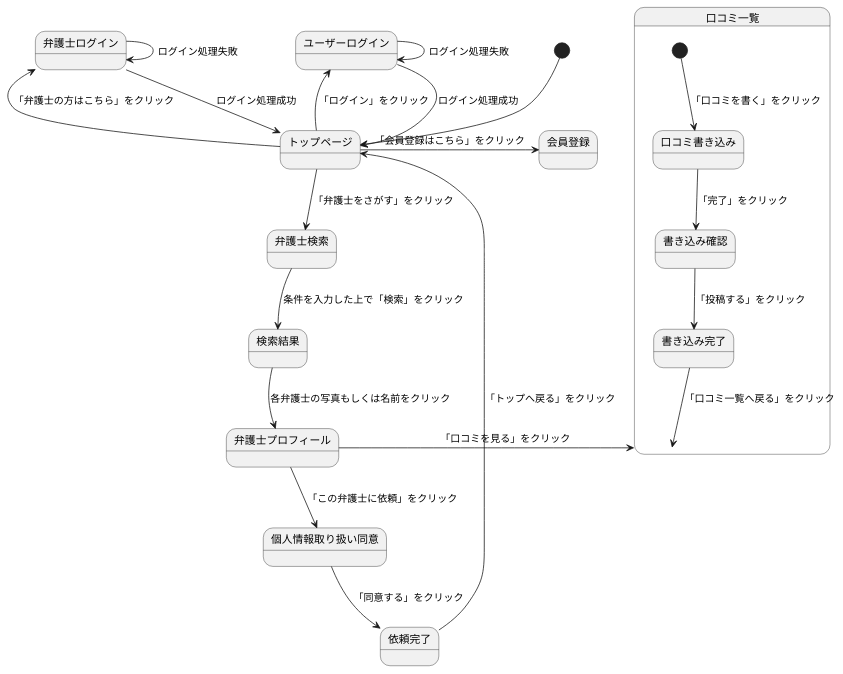
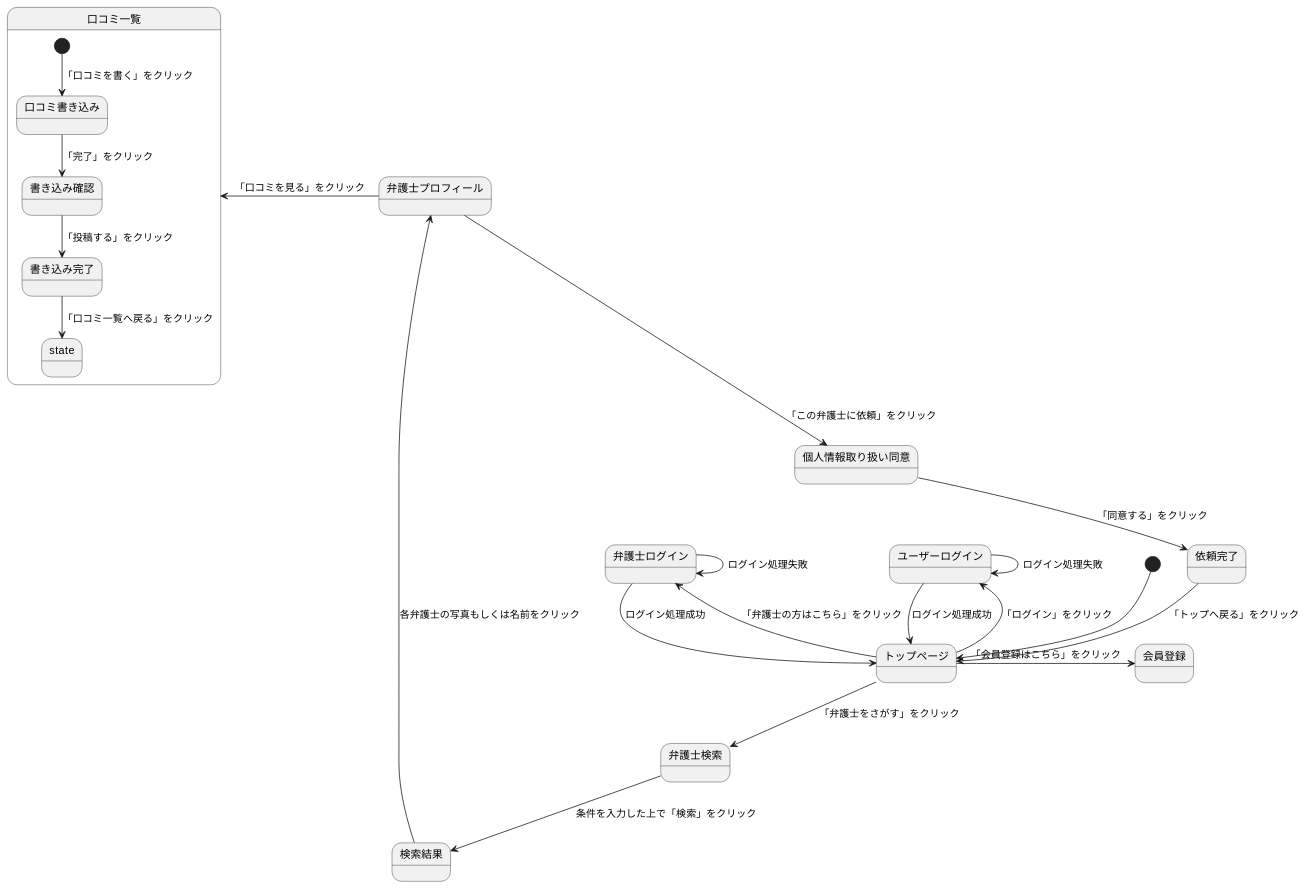
The diagram in 0524kadai.md (Aso2001374/2021sys-design), drawn with PlantUML before and after one commit.

````diff
--- a/0524kadai.md
+++ b/0524kadai.md
@@ -1,29 +1,29 @@
 ```uml
 @startuml
 [*] --> トップページ
 トップページ -> 会員登録:「会員登録はこちら」をクリック
 トップページ -left-> ユーザーログイン:「ログイン」をクリック
 ユーザーログイン--> トップページ: ログイン処理成功
 ユーザーログイン--> ユーザーログイン: ログイン処理失敗
 
 トップページ -left-> 弁護士ログイン:「弁護士の方はこちら」をクリック
 弁護士ログイン--> トップページ: ログイン処理成功
 弁護士ログイン--> 弁護士ログイン: ログイン処理失敗
 
 トップページ --> 弁護士検索:「弁護士をさがす」をクリック
 弁護士検索 --> 検索結果: 条件を入力した上で「検索」をクリック
 検索結果 -down-> 弁護士プロフィール: 各弁護士の写真もしくは名前をクリック
 弁護士プロフィール -left-> 口コミ一覧:「口コミを見る」をクリック
 弁護士プロフィール --> 個人情報取り扱い同意:「この弁護士に依頼」をクリック
 個人情報取り扱い同意-->依頼完了:「同意する」をクリック
 依頼完了-->トップページ:「トップへ戻る」をクリック
 
 state 口コミ一覧{
 [*] --> 口コミ書き込み:「口コミを書く」をクリック
 口コミ書き込み --> 書き込み確認:「完了」をクリック
 書き込み確認 --> 書き込み完了:「投稿する」をクリック
-書き込み完了 --> 口コミ一覧:「口コミ一覧へ戻る」をクリック
+書き込み完了 --> state:「口コミ一覧へ戻る」をクリック
 }
 
 @enduml
 ```
````
